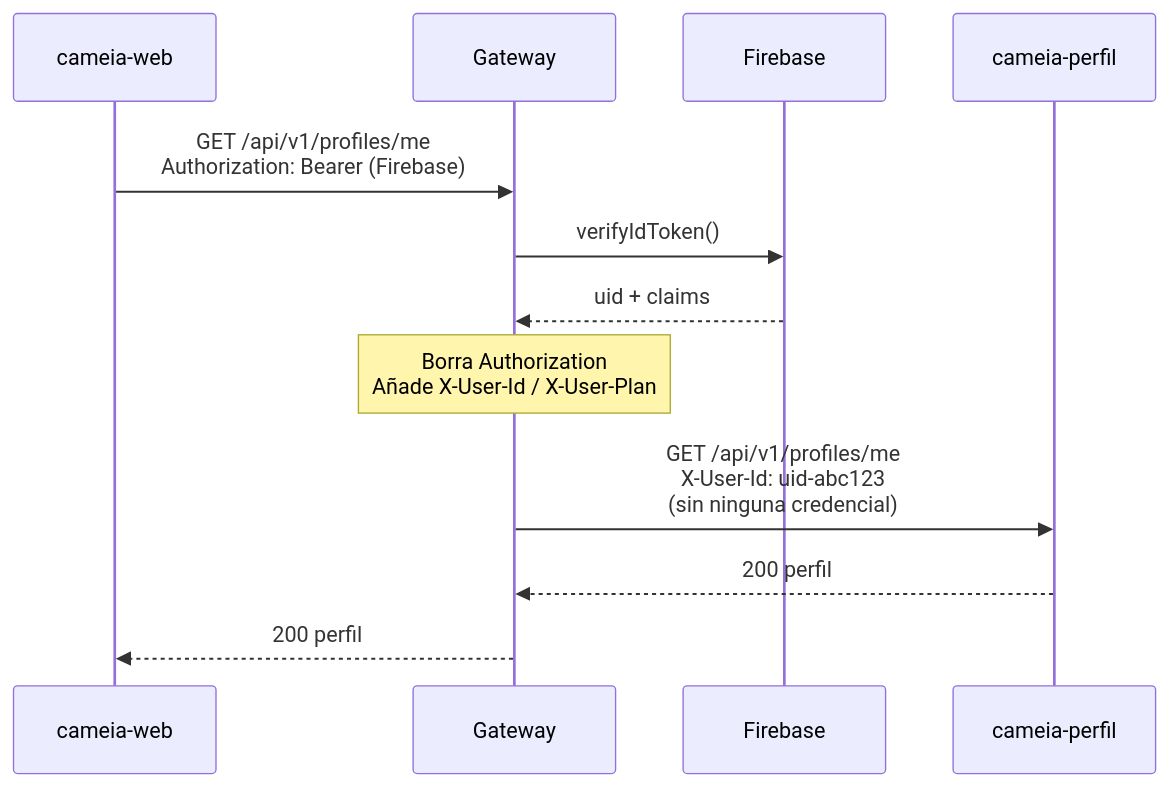
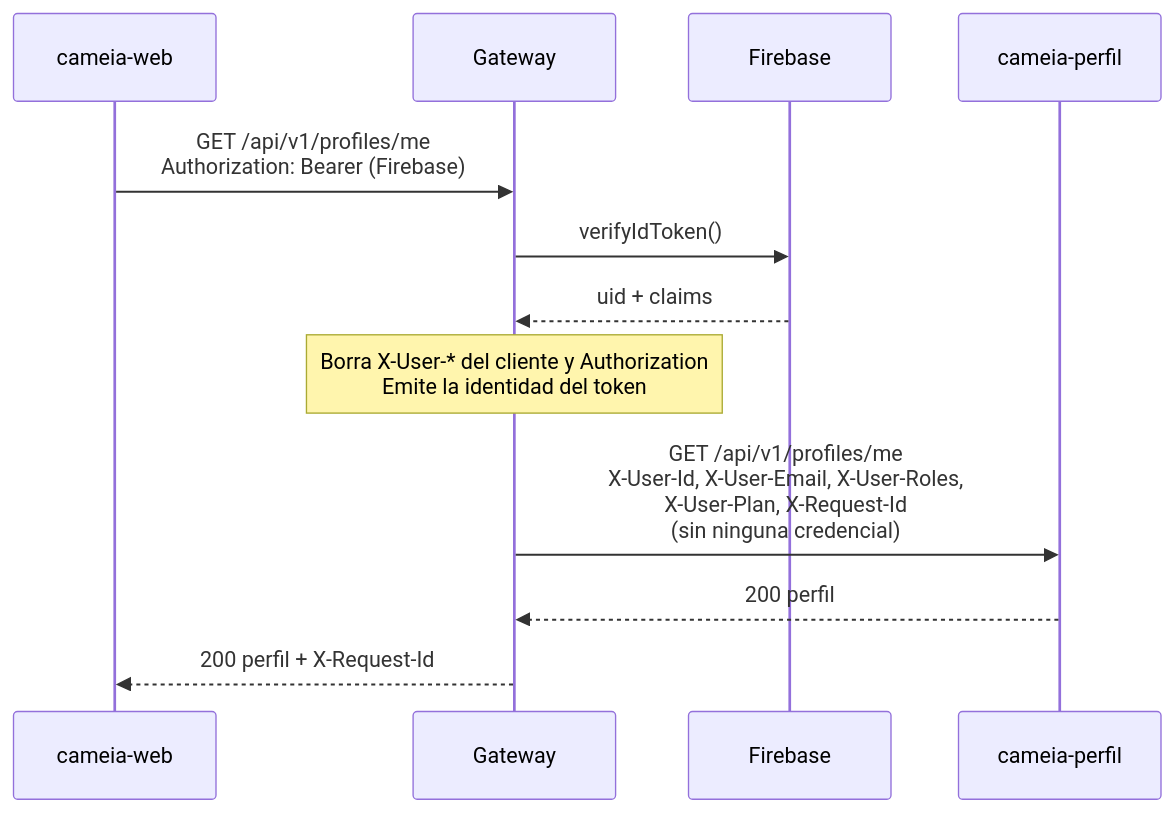
One commit to Forkthec/cameia-gateway changed the second of 5 diagrams in docs/COMO-FUNCIONA.md. Above: the diagram before and after it, drawn with Mermaid. The commit also changed other lines of this file and 17 other files, not shown here.

````diff
--- a/docs/COMO-FUNCIONA.md
+++ b/docs/COMO-FUNCIONA.md
@@ -81,15 +99,15 @@
 ```mermaid
 sequenceDiagram
     participant W as cameia-web
     participant G as Gateway
     participant F as Firebase
     participant P as cameia-perfil
 
     W->>G: GET /api/v1/profiles/me<br/>Authorization: Bearer (Firebase)
     G->>F: verifyIdToken()
     F-->>G: uid + claims
-    Note over G: Borra Authorization<br/>Añade X-User-Id / X-User-Plan
-    G->>P: GET /api/v1/profiles/me<br/>X-User-Id: uid-abc123<br/>(sin ninguna credencial)
+    Note over G: Borra X-User-* del cliente y Authorization<br/>Emite la identidad del token
+    G->>P: GET /api/v1/profiles/me<br/>X-User-Id, X-User-Email, X-User-Roles,<br/>X-User-Plan, X-Request-Id<br/>(sin ninguna credencial)
     P-->>G: 200 perfil
-    G-->>W: 200 perfil
+    G-->>W: 200 perfil + X-Request-Id
 ```
````
